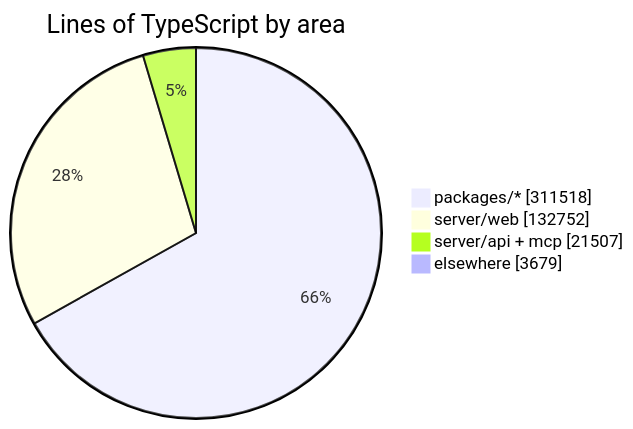
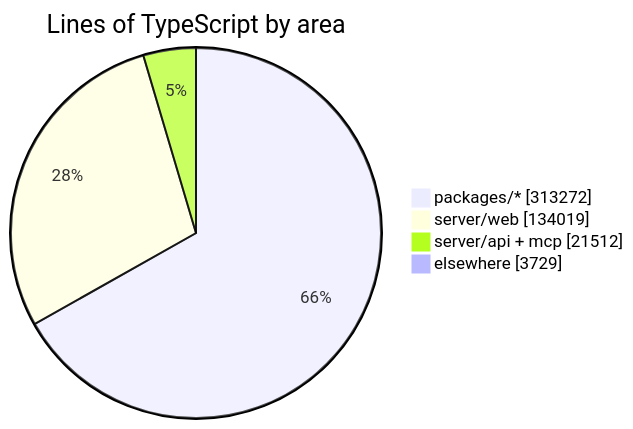
The diagram in README.md (crossworks-engineering/mantle), drawn with Mermaid before and after one commit. The commit also changed other lines of this file and 2 other files, not shown here.

````diff
--- a/README.md
+++ b/README.md
@@ -294,7 +294,7 @@
 ```mermaid
 pie showData title Lines of TypeScript by area
-    "packages/*" : 311518
-    "server/web" : 132752
-    "server/api + mcp" : 21507
-    "elsewhere" : 3679
+    "packages/*" : 313272
+    "server/web" : 134019
+    "server/api + mcp" : 21512
+    "elsewhere" : 3729
 ```
````
